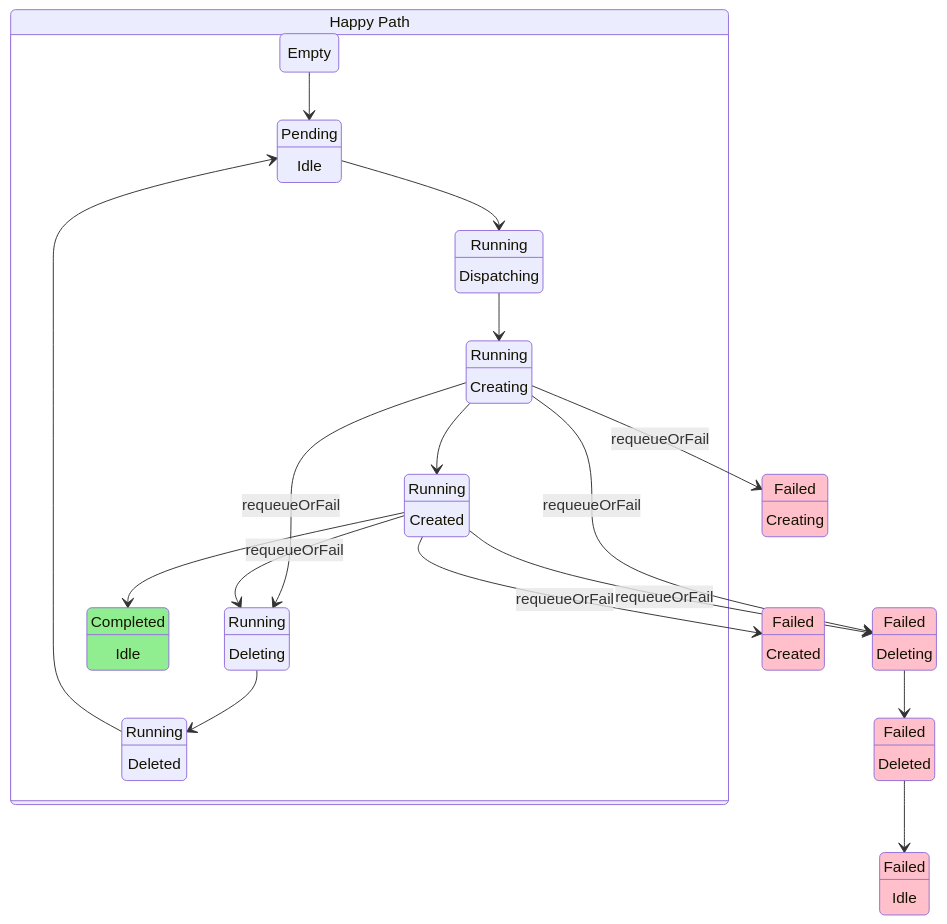
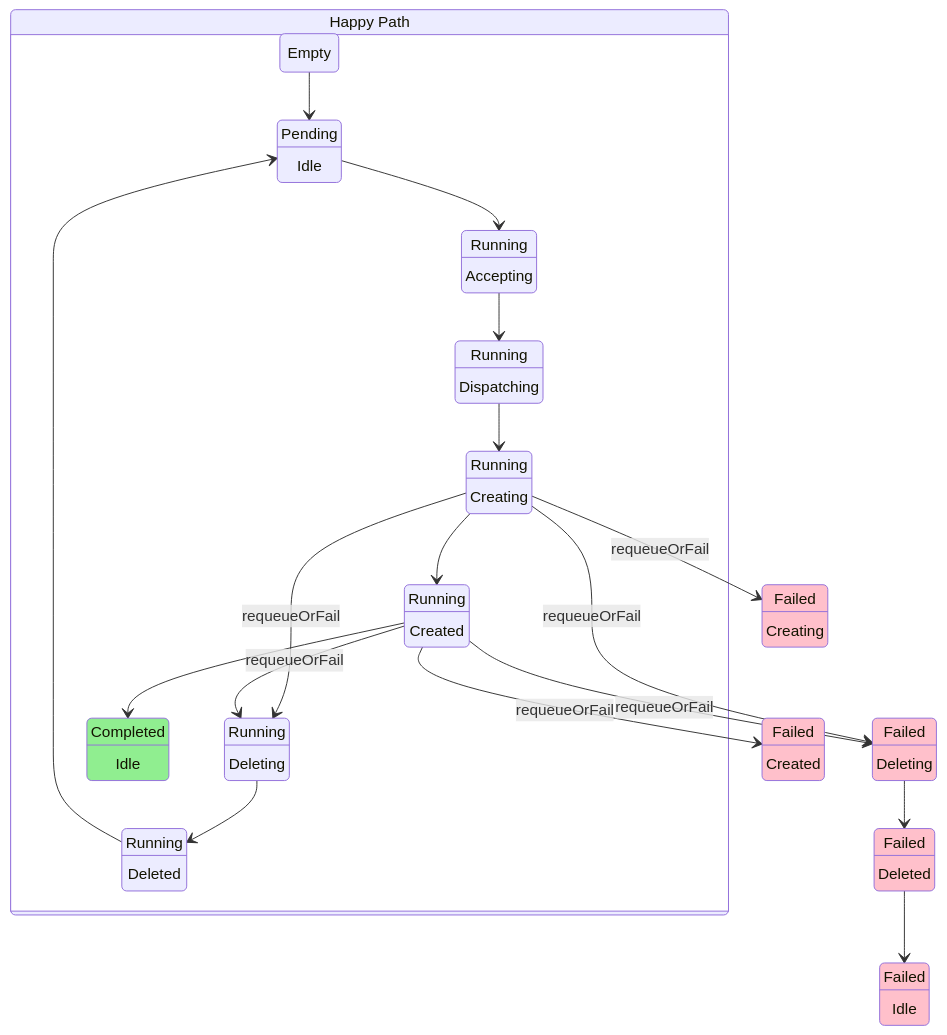
The diagram in docs/state-diagram.md (project-codeflare/mcad), drawn with Mermaid before and after one commit. The commit also changed 12 other files, not shown here.

````diff
--- a/docs/state-diagram.md
+++ b/docs/state-diagram.md
@@ -5,66 +5,69 @@
 ```mermaid
 stateDiagram-v2
     %% Empty
     e : Empty
 
     %% Queued
     qi : Pending
     qi : Idle
 
     %% Running
+    ra : Running
+    ra : Accepting
     ri : Running
     ri : Dispatching
     rc : Running
     rc : Creating
     rcd : Running
     rcd : Created
     rd : Running
     rd : Deleting
     rf : Running
     rf : Deleted
 
     %% Succeeded
     si : Completed
     si : Idle
 
     %% Failed
     fc : Failed
     fc : Creating
     fcd : Failed
     fcd : Created
     fd : Failed
     fd : Deleting
     ff : Failed
     ff : Deleted
     fi: Failed
     fi : Idle
 
     HappyPath : Happy Path
     state HappyPath  {
         e --> qi
-        qi --> ri
+        qi --> ra
+        ra --> ri
         ri --> rc
         rc --> rcd
         rcd --> si
         rc --> rd : requeueOrFail
         rcd --> rd : requeueOrFail
         rd --> rf
         rf --> qi
     }
     rc --> fc : requeueOrFail
     rc --> fd : requeueOrFail
     rcd --> fcd : requeueOrFail
     rcd --> fd : requeueOrFail
     fd --> ff
     ff --> fi
 
     classDef failed fill:pink
     class fi failed
     class fc failed
     class fcd failed
     class fd failed
     class ff failed
 
     classDef succeeded fill:lightgreen
     class si succeeded
 ```
````
